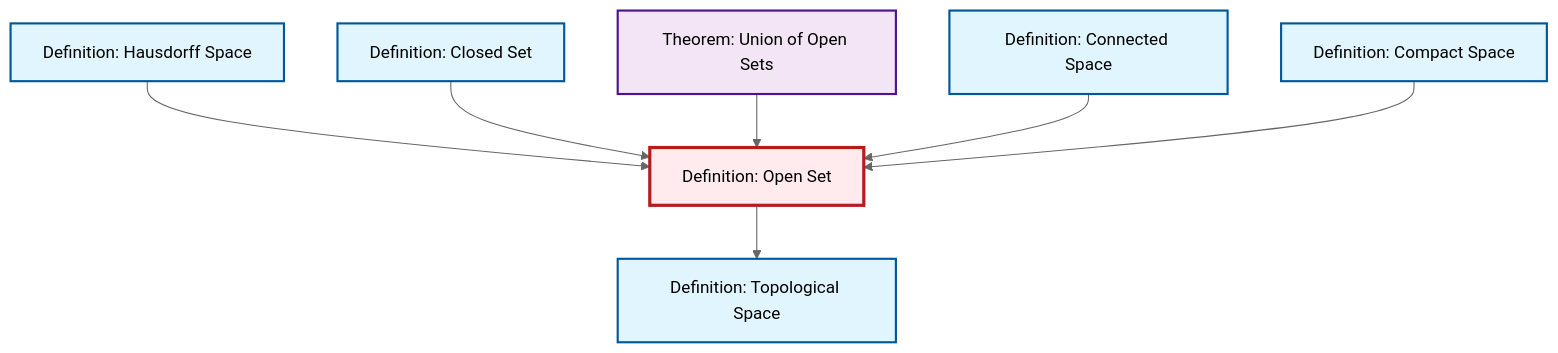
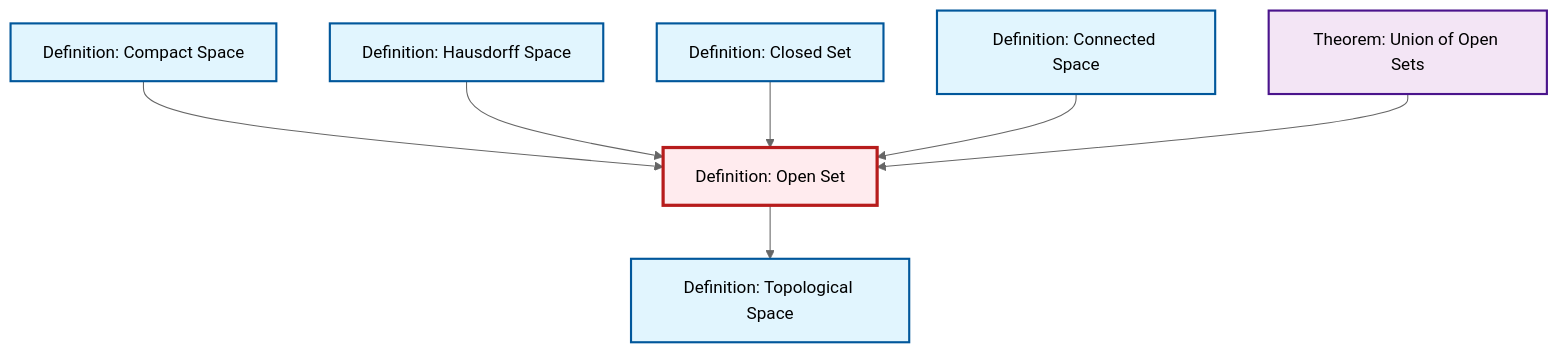
Before and after one commit to RK0429/ModernMath: the diagram in content/ja/topology/def-open-set.qmd, drawn with Mermaid (neutral theme). The commit also changed other lines of this file and 417 other files, not shown here.

````diff
--- a/content/ja/topology/def-open-set.qmd
+++ b/content/ja/topology/def-open-set.qmd
@@ -54,29 +54,29 @@
 ```{mermaid}
 %%| fig-cap: "Local dependency graph"
 graph TD
     classDef definition fill:#e1f5fe,stroke:#01579b,stroke-width:2px
     classDef theorem fill:#f3e5f5,stroke:#4a148c,stroke-width:2px
     classDef axiom fill:#fff3e0,stroke:#e65100,stroke-width:2px
     classDef example fill:#e8f5e9,stroke:#1b5e20,stroke-width:2px
     classDef current fill:#ffebee,stroke:#b71c1c,stroke-width:3px
+    def-topological-space["Definition: Topological Space"]:::definition
+    thm-union-open-sets["Theorem: Union of Open Sets"]:::theorem
     def-hausdorff["Definition: Hausdorff Space"]:::definition
     def-compact["Definition: Compact Space"]:::definition
-    def-topological-space["Definition: Topological Space"]:::definition
     def-open-set["Definition: Open Set"]:::definition
-    thm-union-open-sets["Theorem: Union of Open Sets"]:::theorem
+    def-connected["Definition: Connected Space"]:::definition
     def-closed-set["Definition: Closed Set"]:::definition
-    def-connected["Definition: Connected Space"]:::definition
+    def-compact --> def-open-set
     def-hausdorff --> def-open-set
+    def-closed-set --> def-open-set
     def-open-set --> def-topological-space
-    def-closed-set --> def-open-set
+    def-connected --> def-open-set
     thm-union-open-sets --> def-open-set
-    def-connected --> def-open-set
-    def-compact --> def-open-set
     class def-open-set current
+    click def-topological-space "def-topological-space.html" "Definition: Topological Spaceへ"
+    click thm-union-open-sets "thm-union-open-sets.html" "Theorem: Union of Open Setsへ"
     click def-hausdorff "def-hausdorff.html" "Definition: Hausdorff Spaceへ"
     click def-compact "def-compact.html" "Definition: Compact Spaceへ"
-    click def-topological-space "def-topological-space.html" "Definition: Topological Spaceへ"
-    click thm-union-open-sets "thm-union-open-sets.html" "Theorem: Union of Open Setsへ"
+    click def-connected "def-connected.html" "Definition: Connected Spaceへ"
     click def-closed-set "def-closed-set.html" "Definition: Closed Setへ"
-    click def-connected "def-connected.html" "Definition: Connected Spaceへ"
 ```
````
